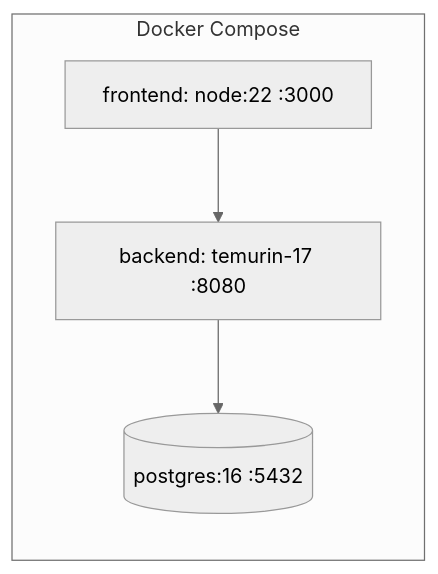
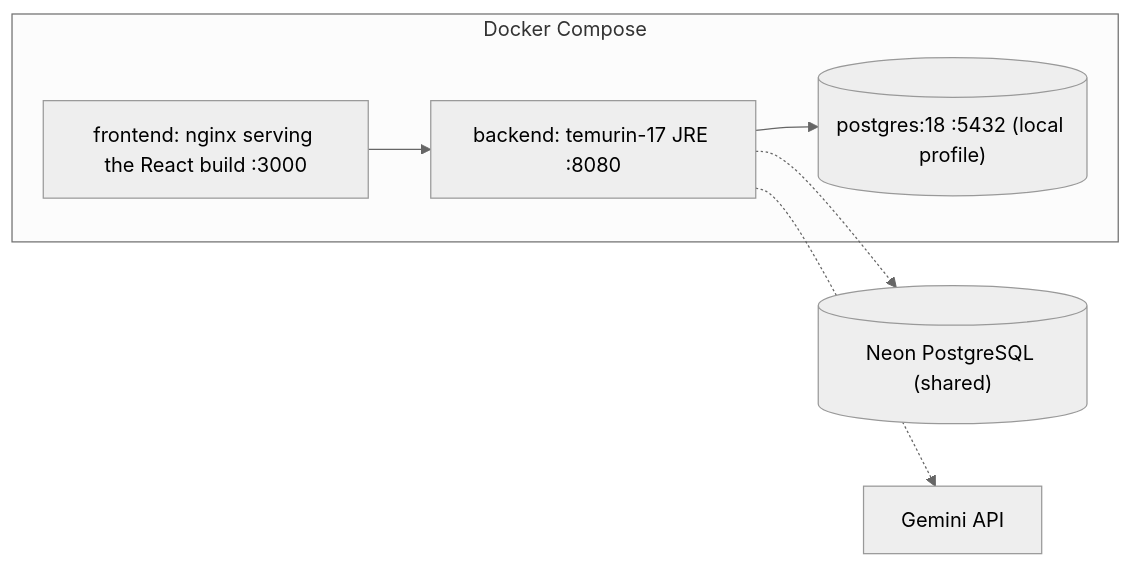
One commit to likhil-20/OOP_Project changed the second of 4 diagrams in docs/architecture.md. Above: the diagram before and after it, drawn with Mermaid (neutral theme). The commit also changed other lines of this file and 18 other files, not shown here.

Commit message:
Uses Gemini's API now. Audio input is currently known to not work.

`````diff
--- a/docs/architecture.md
+++ b/docs/architecture.md
@@ -48,9 +54,11 @@
-````mermaid
+```mermaid
 flowchart LR
     subgraph Docker Compose
-        F[frontend: node:22 :3000]
-        B[backend: temurin-17 :8080]
-        D[(postgres:16 :5432)]
+        F["frontend: nginx serving the React build :3000"]
+        B["backend: temurin-17 JRE :8080"]
+        D[("postgres:18 :5432 (local profile)")]
     end
     F --> B --> D
-````
+    B -.-> N[("Neon PostgreSQL (shared)")]
+    B -.-> G["Gemini API"]
+```
`````
